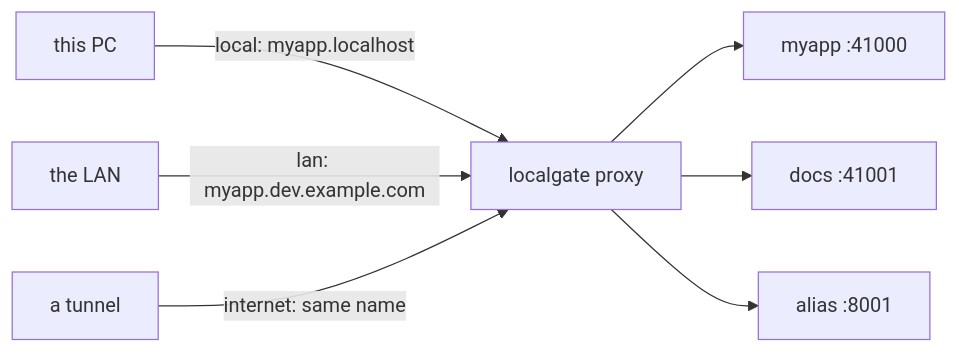
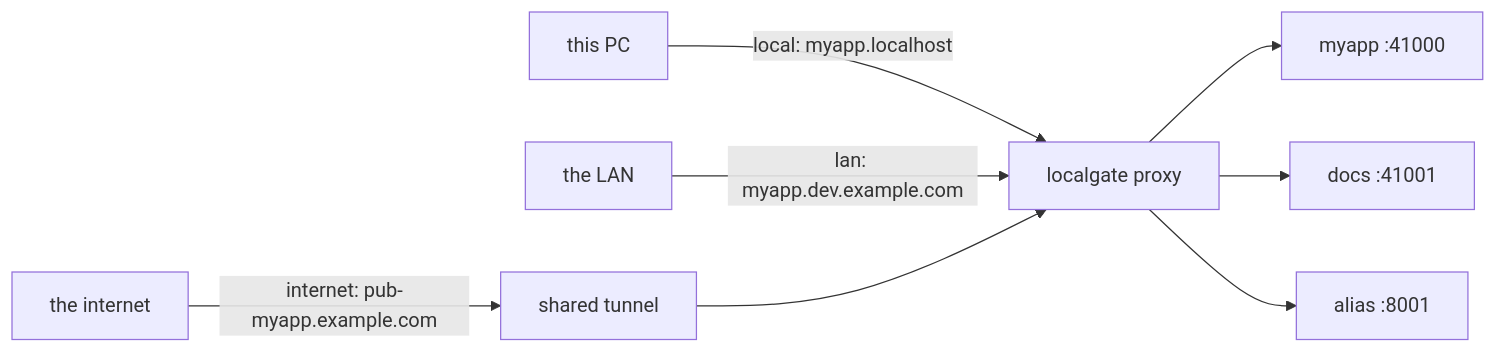
Before and after one commit to ludekvodicka/LocalGate: the first of 2 diagrams in README.md, drawn with Mermaid. The commit also changed other lines of this file and 22 other files, not shown here.

````diff
--- a/README.md
+++ b/README.md
@@ -31,12 +31,13 @@
 ```mermaid
 flowchart LR
     local["this PC"] -->|"local: myapp.localhost"| proxy
     lan["the LAN"] -->|"lan: myapp.dev.example.com"| proxy
-    net["a tunnel"] -->|"internet: same name"| proxy
+    net["the internet"] -->|"internet: pub-myapp.example.com"| tunnel["shared tunnel"]
+    tunnel --> proxy
 
     proxy["localgate proxy"]
 
     proxy --> app1["myapp :41000"]
     proxy --> app2["docs :41001"]
     proxy --> alias["alias :8001"]
 ```
````
